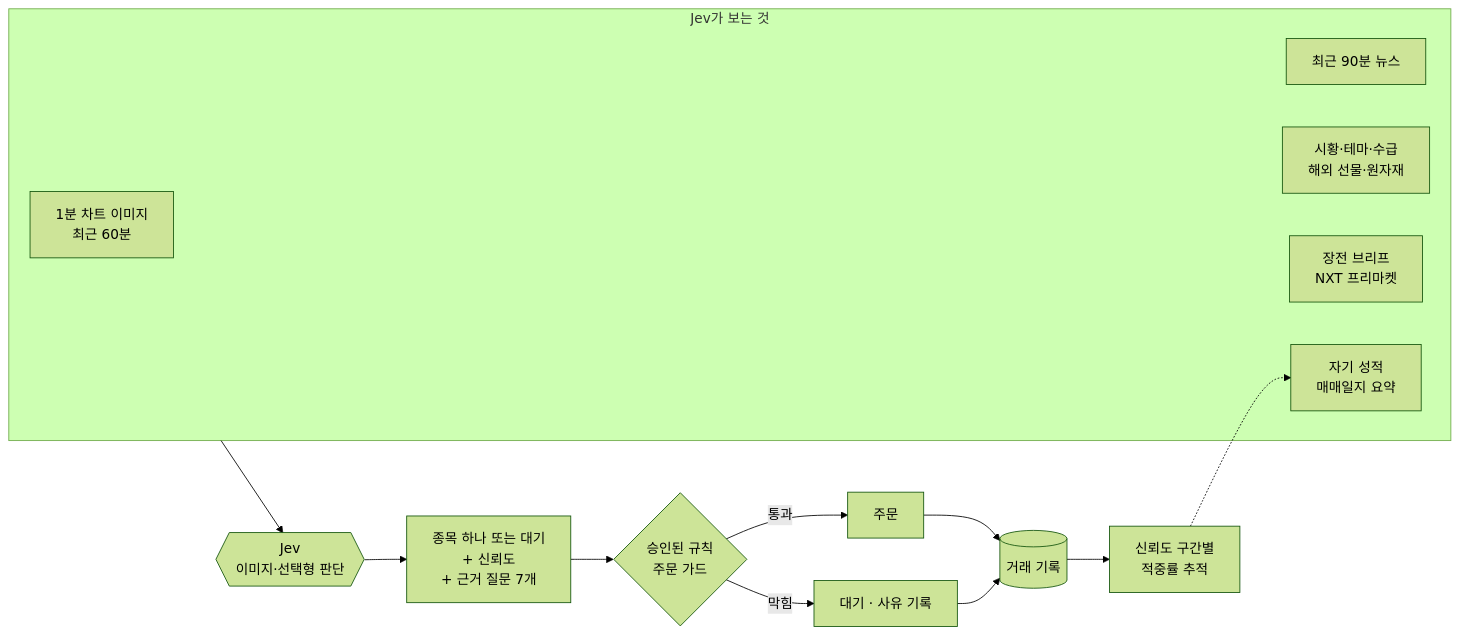
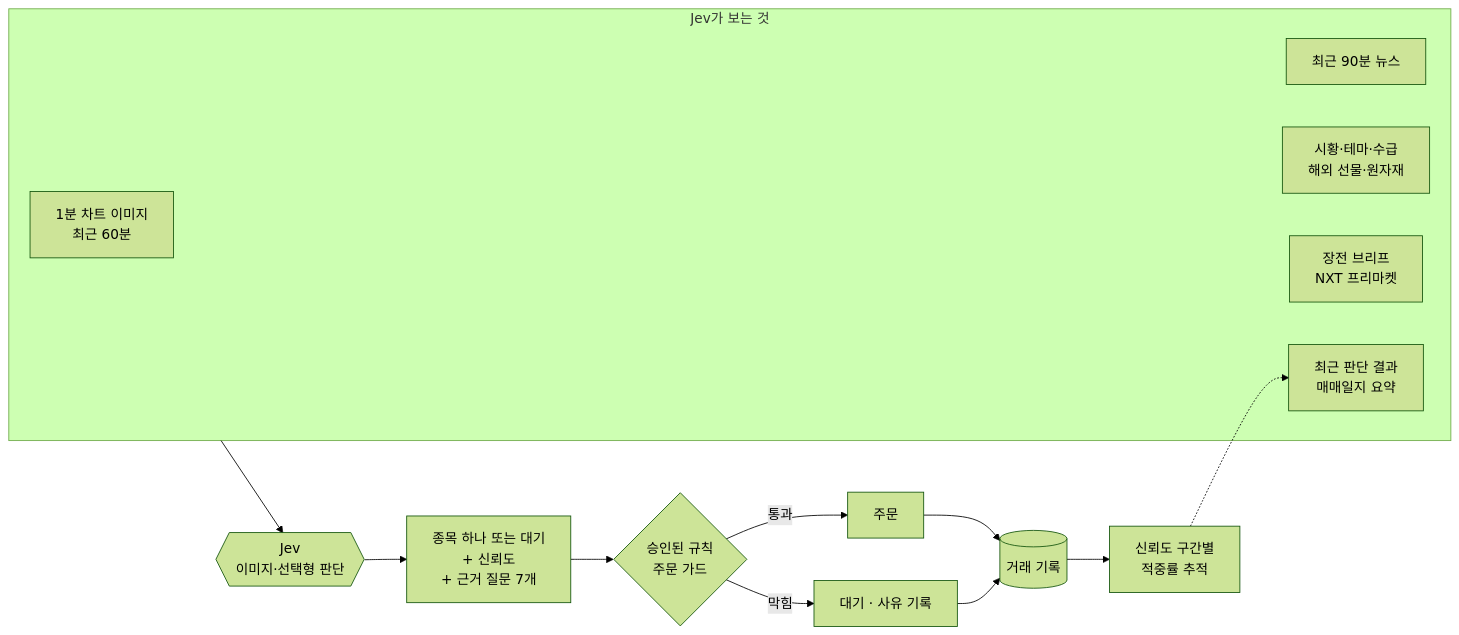
One commit to roadkwonai/omni-ai-trading changed the third of 17 diagrams in README.md. Above: the diagram before and after it, drawn with Mermaid (forest theme). The commit also changed other lines of this file and 189 other files, not shown here.

````diff
--- a/README.md
+++ b/README.md
@@ -405,19 +408,19 @@
 ```mermaid
 flowchart LR
   subgraph IN["Jev가 보는 것"]
     C["1분 차트 이미지<br/>최근 60분"]
     N["최근 90분 뉴스"]
     M["시황·테마·수급<br/>해외 선물·원자재"]
     P["장전 브리프<br/>NXT 프리마켓"]
-    H["자기 성적<br/>매매일지 요약"]
+    H["최근 판단 결과<br/>매매일지 요약"]
   end
   IN --> J{{"Jev<br/>이미지·선택형 판단"}}
   J --> A["종목 하나 또는 대기<br/>+ 신뢰도<br/>+ 근거 질문 7개"]
   A --> R{"승인된 규칙<br/>주문 가드"}
   R -->|통과| O["주문"]
   R -->|막힘| W["대기 · 사유 기록"]
   O --> L[("거래 기록")]
   W --> L
   L --> S["신뢰도 구간별<br/>적중률 추적"]
   S -.-> H
 ```
````
